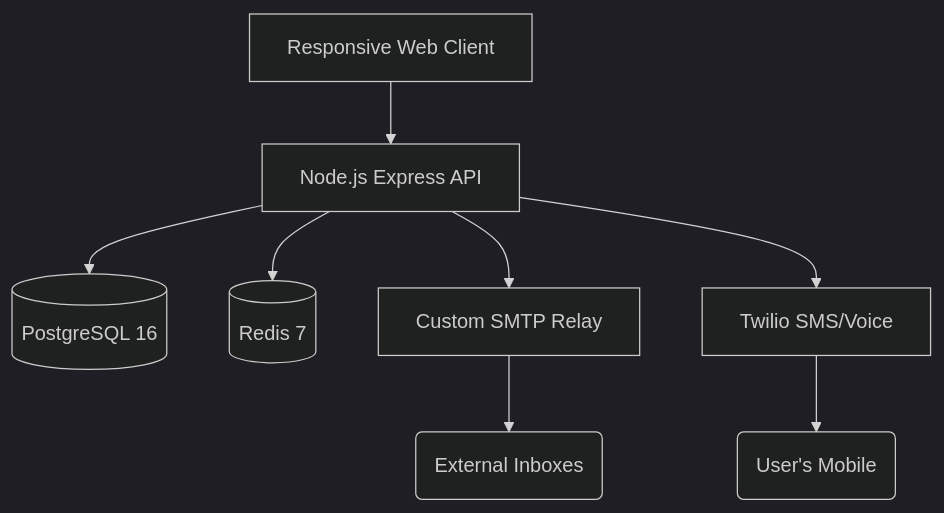
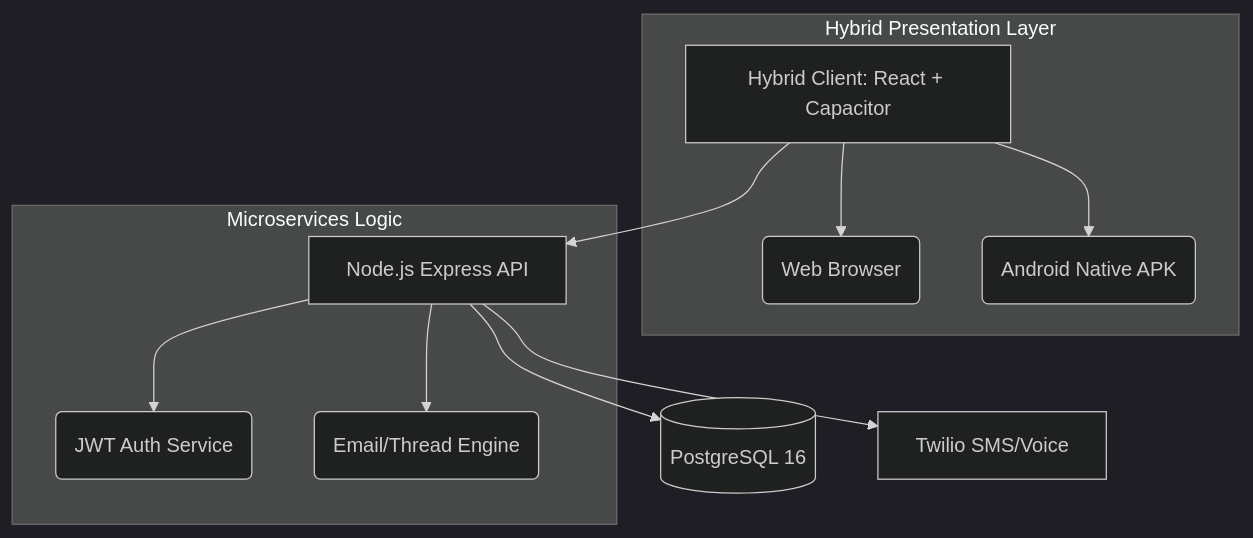
The diagram in README.md (bitswizard3/PhoneMail), drawn with Mermaid (dark theme) before and after one commit. The commit also changed other lines of this file, not shown here.

Commit message:
Update README with highly detailed Hackathon specs, diagrams, and video placeholder

````diff
--- a/README.md
+++ b/README.md
@@ -65,10 +73,16 @@
 ```mermaid
 graph TD
-    Client[Responsive Web Client] --> API[Node.js Express API]
+    Client[Hybrid Client: React + Capacitor] --> API[Node.js Express API]
     API --> PG[(PostgreSQL 16)]
-    API --> Cache[(Redis 7)]
-    API --> SMTP[Custom SMTP Relay]
     API --> Twilio[Twilio SMS/Voice]
-    SMTP --> Internet(External Inboxes)
-    Twilio --> Phone(User's Mobile)
+    
+    subgraph Frontend [Hybrid Presentation Layer]
+        Client --> Web(Web Browser)
+        Client --> APK(Android Native APK)
+    end
+    
+    subgraph Backend [Microservices Logic]
+        API --> Auth(JWT Auth Service)
+        API --> Email(Email/Thread Engine)
+    end
 ```
````
